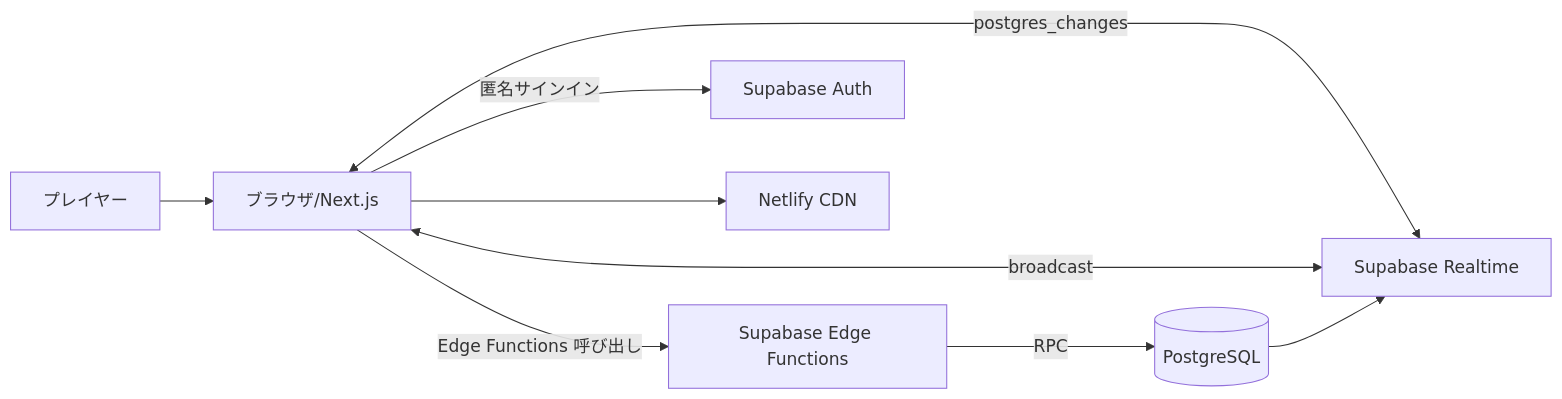
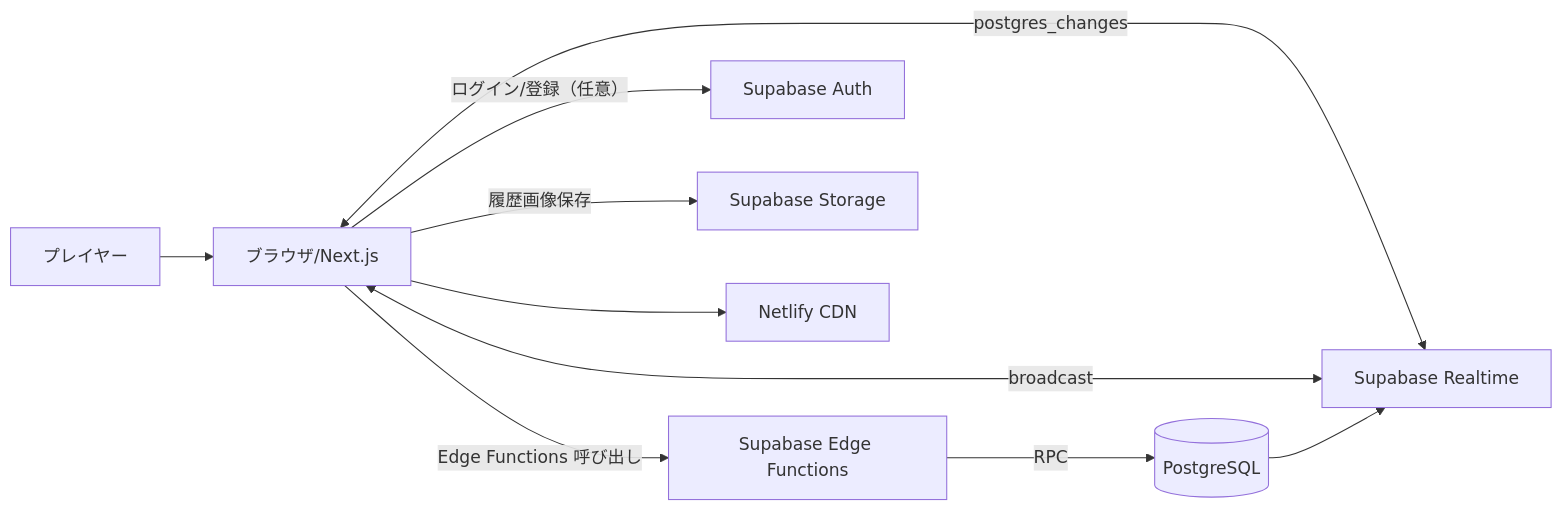
One commit to must9811/OekakiBattle changed the diagram in docs/requirements/システムアーキテクチャ.md. Above: the diagram before and after it, drawn with Mermaid. The commit also changed other lines of this file and 15 other files, not shown here.

````diff
--- a/docs/requirements/システムアーキテクチャ.md
+++ b/docs/requirements/システムアーキテクチャ.md
@@ -11,11 +11,12 @@
 ```mermaid
 flowchart LR
   U[プレイヤー] --> B[ブラウザ/Next.js]
   B -->|Edge Functions 呼び出し| EF[Supabase Edge Functions]
   EF -->|RPC| DB[(PostgreSQL)]
   B <-->|postgres_changes| RT[Supabase Realtime]
   B <-->|broadcast| RT
-  B -->|匿名サインイン| AUTH[Supabase Auth]
+  B -->|ログイン/登録（任意）| AUTH[Supabase Auth]
+  B -->|履歴画像保存| ST[Supabase Storage]
   DB --> RT
   B --> N[Netlify CDN]
 ```
````
